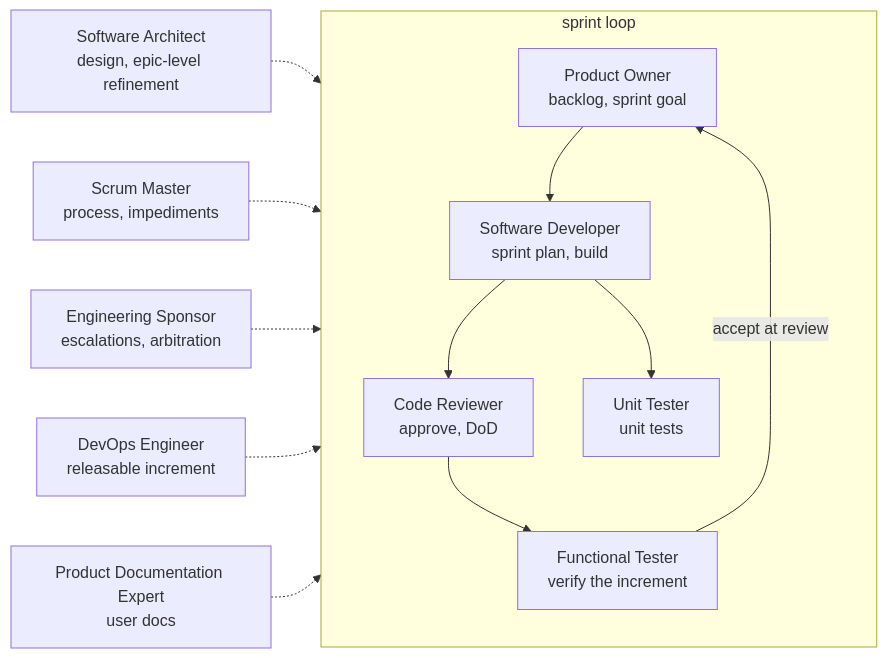
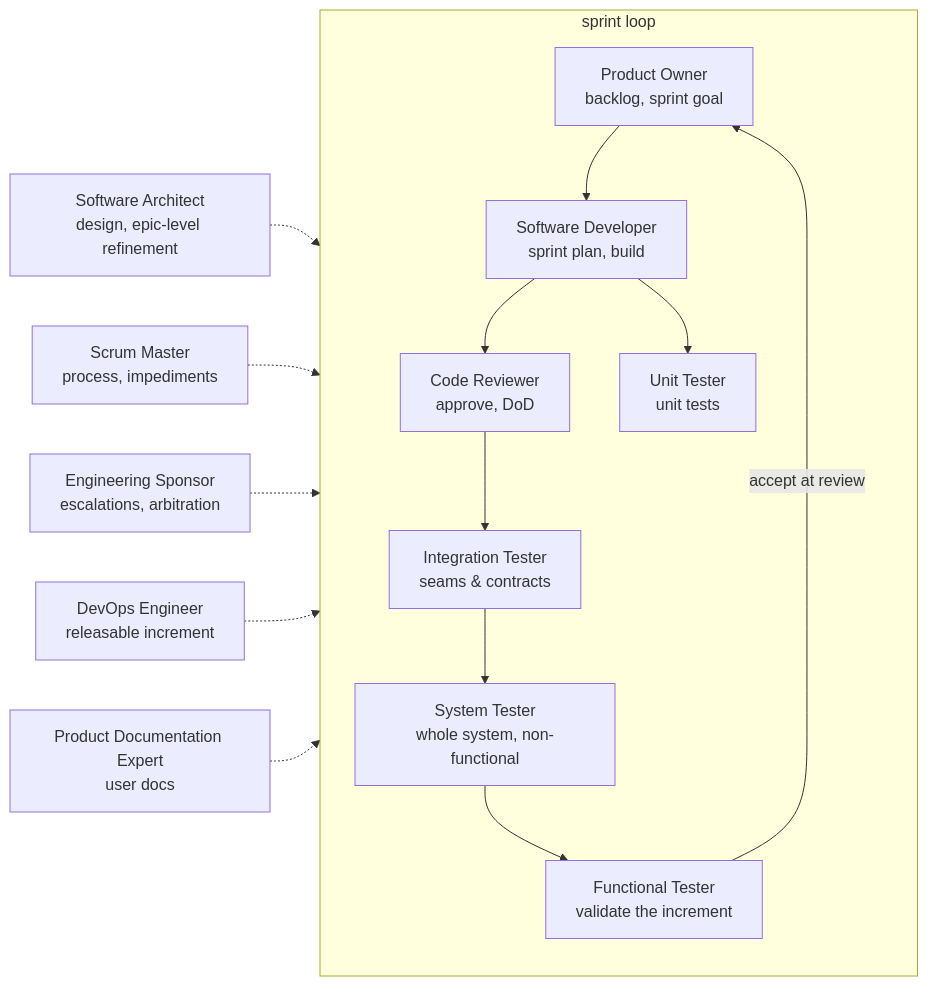
Before and after one commit to salveron/agents: the second of 2 diagrams in AGENTS.md, drawn with Mermaid. The commit also changed other lines of this file and 8 other files, not shown here.

````diff
--- a/AGENTS.md
+++ b/AGENTS.md
@@ -77,15 +83,17 @@
 ```mermaid
 flowchart LR
     subgraph sprint [sprint loop]
         PO["Product Owner<br>backlog, sprint goal"] --> DEV["Software Developer<br>sprint plan, build"]
         DEV --> CR["Code Reviewer<br>approve, DoD"]
         DEV --> UT["Unit Tester<br>unit tests"]
-        CR --> FT["Functional Tester<br>verify the increment"]
+        CR --> IT["Integration Tester<br>seams & contracts"]
+        IT --> ST["System Tester<br>whole system, non-functional"]
+        ST --> FT["Functional Tester<br>validate the increment"]
         FT -->|accept at review| PO
     end
     SA["Software Architect<br>design, epic-level refinement"] -.-> sprint
     SM["Scrum Master<br>process, impediments"] -.-> sprint
     ES["Engineering Sponsor<br>escalations, arbitration"] -.-> sprint
     DO["DevOps Engineer<br>releasable increment"] -.-> sprint
     PDE["Product Documentation Expert<br>user docs"] -.-> sprint
 ```
````
